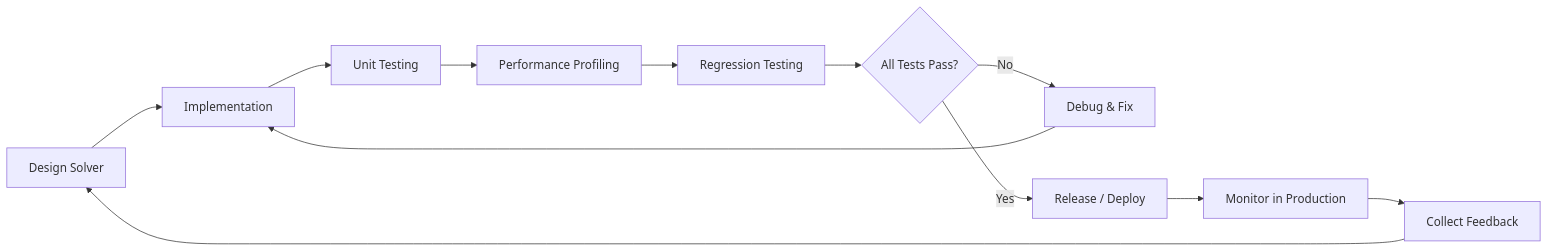
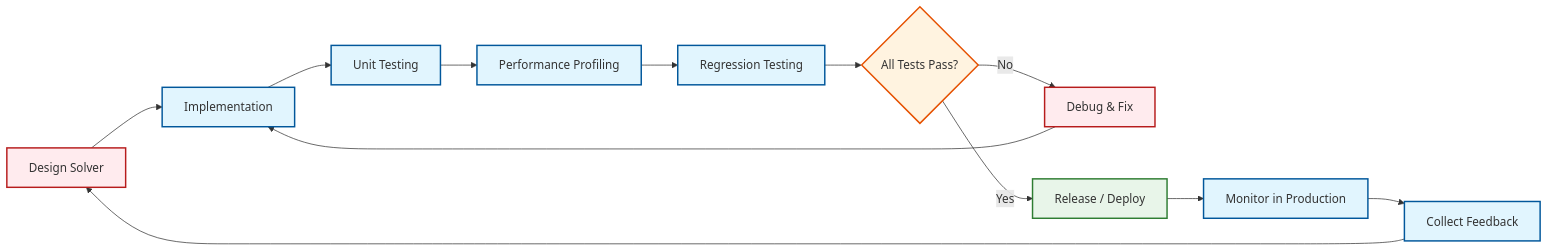
Before and after one commit to wramet/build-my-cfd: the second of 2 diagrams in MODULE_08_TESTING_VALIDATION/CONTENT/04_QA_AUTOMATION_PROFILING/00_Overview.md, drawn with Mermaid. The commit also changed other lines of this file and 313 other files, not shown here.

Commit message:
Revise all diagram

````diff
--- a/MODULE_08_TESTING_VALIDATION/CONTENT/04_QA_AUTOMATION_PROFILING/00_Overview.md
+++ b/MODULE_08_TESTING_VALIDATION/CONTENT/04_QA_AUTOMATION_PROFILING/00_Overview.md
@@ -107,14 +111,18 @@
 ```mermaid
 flowchart LR
-    A[Design Solver] --> B[Implementation]
-    B --> C[Unit Testing]
-    C --> D[Performance Profiling]
-    D --> E[Regression Testing]
-    E --> F{All Tests Pass?}
-    F -- No --> G[Debug & Fix]
-    G --> B
-    F -- Yes --> H[Release / Deploy]
-    H --> I[Monitor in Production]
-    I --> J[Collect Feedback]
-    J --> A
+classDef implicit fill:#e1f5fe,stroke:#01579b,stroke-width:2px
+classDef explicit fill:#ffebee,stroke:#b71c1c,stroke-width:2px
+classDef success fill:#e8f5e9,stroke:#2e7d32,stroke-width:2px
+classDef warning fill:#fff3e0,stroke:#e65100,stroke-width:2px
+A[Design Solver]:::explicit --> B[Implementation]:::implicit
+B --> C[Unit Testing]:::implicit
+C --> D[Performance Profiling]:::implicit
+D --> E[Regression Testing]:::implicit
+E --> F{All Tests Pass?}:::warning
+F -- No --> G[Debug & Fix]:::explicit
+G --> B
+F -- Yes --> H[Release / Deploy]:::success
+H --> I[Monitor in Production]:::implicit
+I --> J[Collect Feedback]:::implicit
+J --> A
 ```
````
